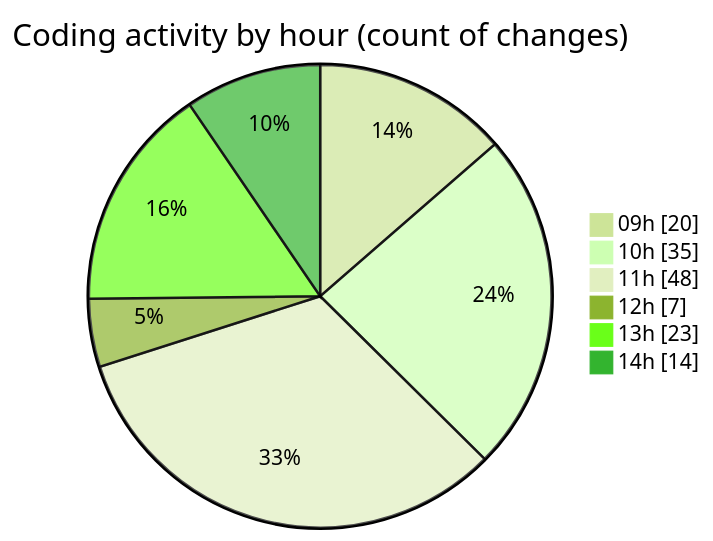
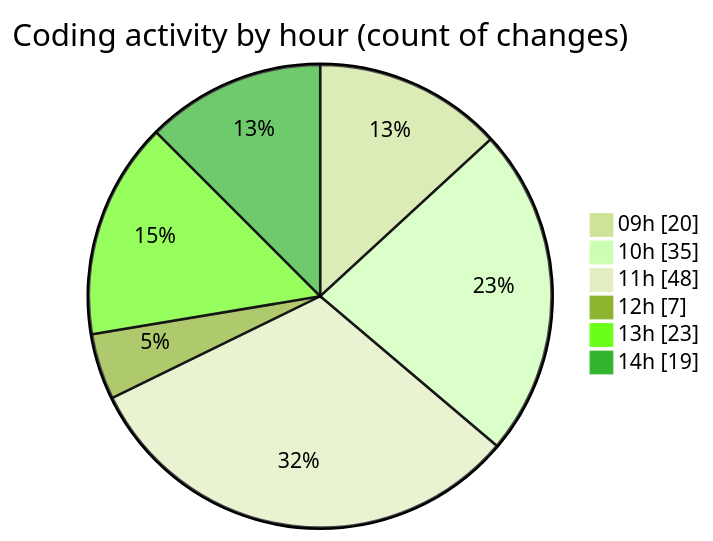
The second of 2 diagrams in 2025-06-10/ecodeli-1/README.md (CELIANVF/code-tracking), drawn with Mermaid (forest theme) before and after one commit. The commit also changed other lines of this file and 1 other file, not shown here.

````diff
--- a/2025-06-10/ecodeli-1/README.md
+++ b/2025-06-10/ecodeli-1/README.md
@@ -87,10 +87,10 @@
 ```mermaid
 pie showData
 title Coding activity by hour (count of changes)
 "09h" : 20
 "10h" : 35
 "11h" : 48
 "12h" : 7
 "13h" : 23
-"14h" : 14
+"14h" : 19
 ```
````
